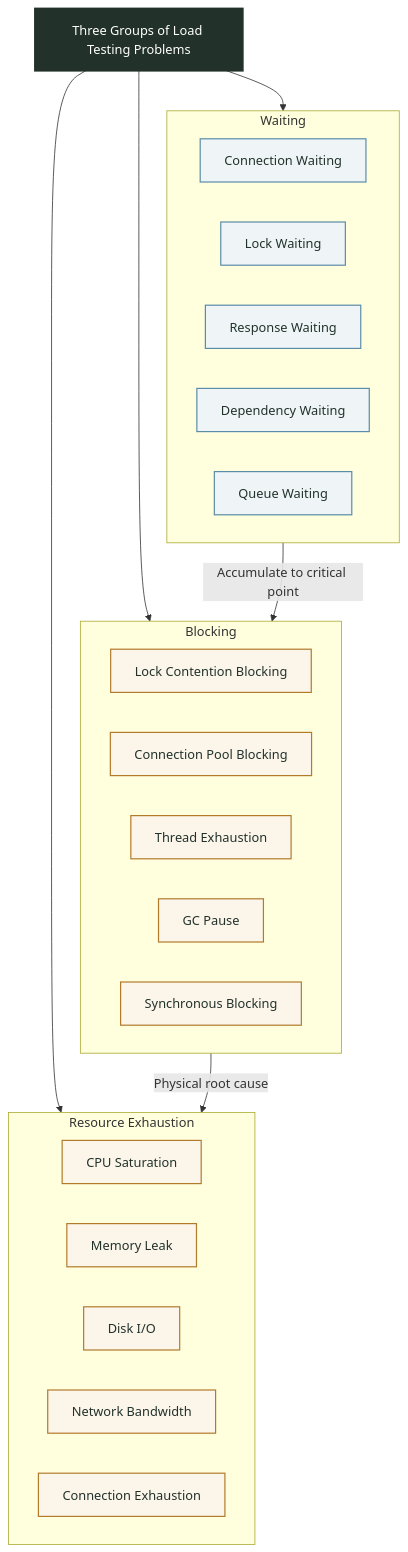
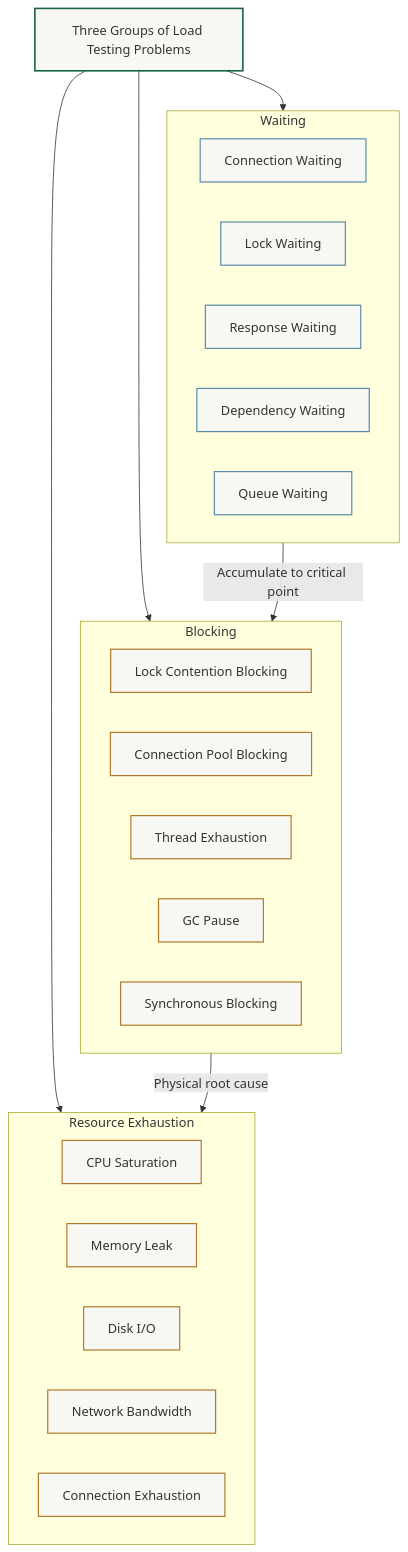
The second of 4 diagrams in docs/en/testing/load-testing-practice.md (Fatejian/frontier-vault), drawn with Mermaid before and after one commit. The commit also changed other lines of this file and 65 other files, not shown here.

First line of the commit message:
fix(theme): unify mermaid chart palette and remove solid core fills

````diff
--- a/docs/en/testing/load-testing-practice.md
+++ b/docs/en/testing/load-testing-practice.md
@@ -152,43 +152,43 @@
 ```mermaid
 flowchart TB
     Core["Three Groups of Load Testing Problems"]
 
     subgraph Wait["Waiting"]
         W1["Connection Waiting"]
         W2["Lock Waiting"]
         W3["Response Waiting"]
         W4["Dependency Waiting"]
         W5["Queue Waiting"]
     end
 
     subgraph Block["Blocking"]
         B1["Lock Contention Blocking"]
         B2["Connection Pool Blocking"]
         B3["Thread Exhaustion"]
         B4["GC Pause"]
         B5["Synchronous Blocking"]
     end
 
     subgraph Exhaust["Resource Exhaustion"]
         E1["CPU Saturation"]
         E2["Memory Leak"]
         E3["Disk I/O"]
         E4["Network Bandwidth"]
         E5["Connection Exhaustion"]
     end
 
     Core --> Wait
     Core --> Block
     Core --> Exhaust
 
     Wait -->|"Accumulate to critical point"| Block
     Block -->|"Physical root cause"| Exhaust
 
-    classDef core fill:#22322B,color:#fff,stroke:#22322B,stroke-width:2px;
-    classDef wait fill:#EFF5F7,stroke:#5B8CA8,color:#22322B,stroke-width:1.5px;
-    classDef block fill:#FBF5EA,stroke:#B27B2C,color:#22322B,stroke-width:1.5px;
+    classDef core fill:#F7F7F3,stroke:#176540,stroke-width:2px;
+    classDef wait fill:#F7F7F3,stroke:#5B8CA8,stroke-width:1.5px;
+    classDef block fill:#F7F7F3,stroke:#B27B2C,stroke-width:1.5px;
 
     class Core core;
     class W1,W2,W3,W4,W5 wait;
     class B1,B2,B3,B4,B5,E1,E2,E3,E4,E5 block;
 ```
````
